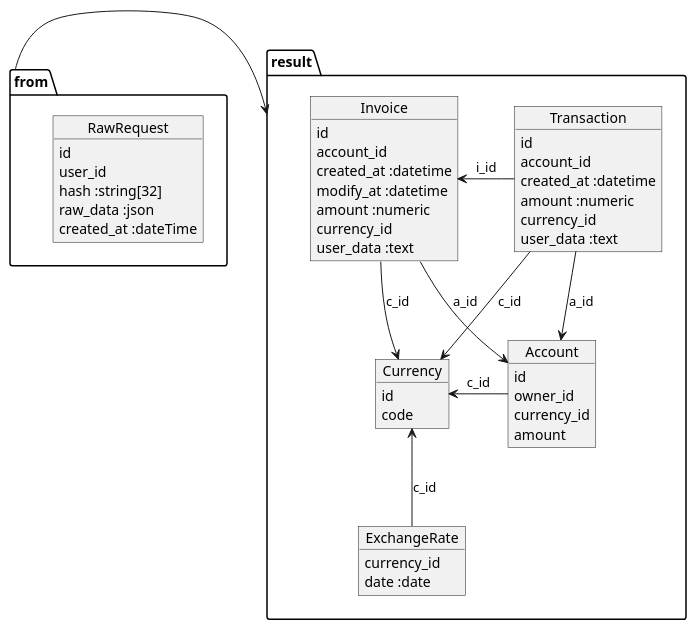
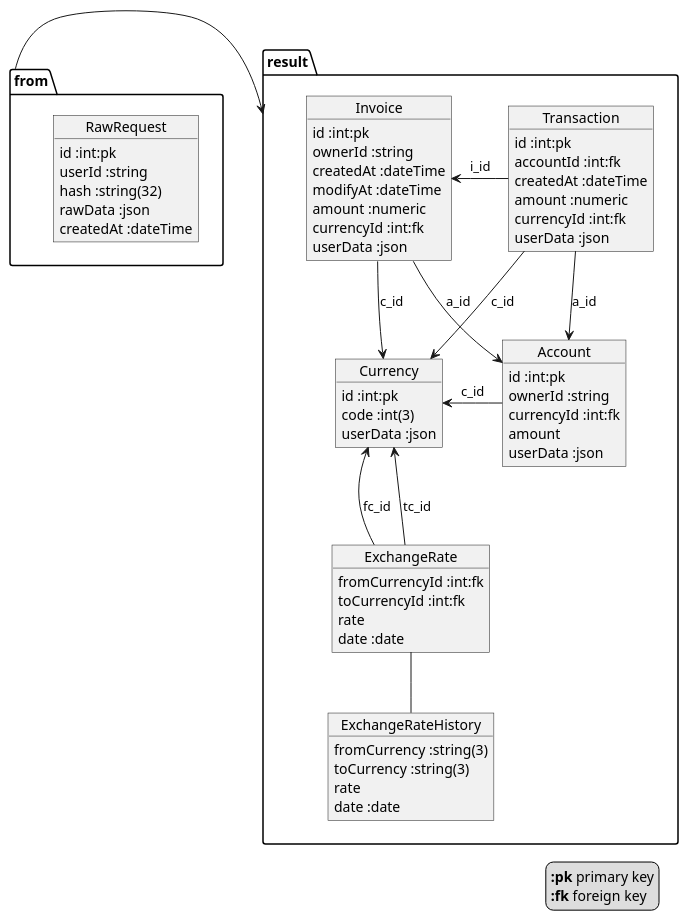
Before and after one commit to upsky/wlm: the diagram in finance/docs/schema.puml, drawn with PlantUML.

Commit message:
fixes in DB schema puml;

```diff
--- a/finance/docs/schema.puml
+++ b/finance/docs/schema.puml
@@ -1,62 +1,80 @@
 @startuml
 
 package from {
     object RawRequest {
-        id
-        user_id
-        hash :string[32]
-        raw_data :json
-        created_at :dateTime
+        id :int:pk
+        userId :string
+        hash :string(32)
+        rawData :json
+        createdAt :dateTime
     }
 }
 
 package result {
     object Currency {
-        id
-        code
+        id :int:pk
+        code :int(3)
+        userData :json
     }
 
     object Account {
-        id
-        owner_id
-        currency_id
+        id :int:pk
+        ownerId :string
+        currencyId :int:fk
         amount
+        userData :json
     }
 
     object Transaction {
-        id
-        account_id
-        created_at :datetime
+        id :int:pk
+        accountId :int:fk
+        createdAt :dateTime
         amount :numeric
-        currency_id
-        user_data :text
+        currencyId :int:fk
+        userData :json
     }
 
     object Invoice {
-        id
-        account_id
-        created_at :datetime
-        modify_at :datetime
+        id :int:pk
+        ownerId :string
+        createdAt :dateTime
+        modifyAt :dateTime
         amount :numeric
-        currency_id
-        user_data :text
+        currencyId :int:fk
+        userData :json
     }
 
     object ExchangeRate {
-        currency_id
+        fromCurrencyId :int:fk
+        toCurrencyId :int:fk
+        rate
+        date :date
+    }
+
+    object ExchangeRateHistory {
+        fromCurrency :string(3)
+        toCurrency :string(3)
+        rate
         date :date
     }
 
 }
 
 from -right-> result
 
 Account -left-> Currency:c_id
 Transaction -down-> Account:a_id
 Transaction -down-> Currency:c_id
 Invoice -down-> Currency:c_id
 Invoice -down-> Account:a_id
-ExchangeRate -up-> Currency:c_id
+ExchangeRate -up-> Currency:fc_id
+ExchangeRate -up-> Currency:tc_id
 Transaction -left-> Invoice:i_id
+ExchangeRateHistory -up- ExchangeRate
+
+legend right
+  <b>:pk</b> primary key
+  <b>:fk</b> foreign key
+endlegend
 
 @enduml
```
